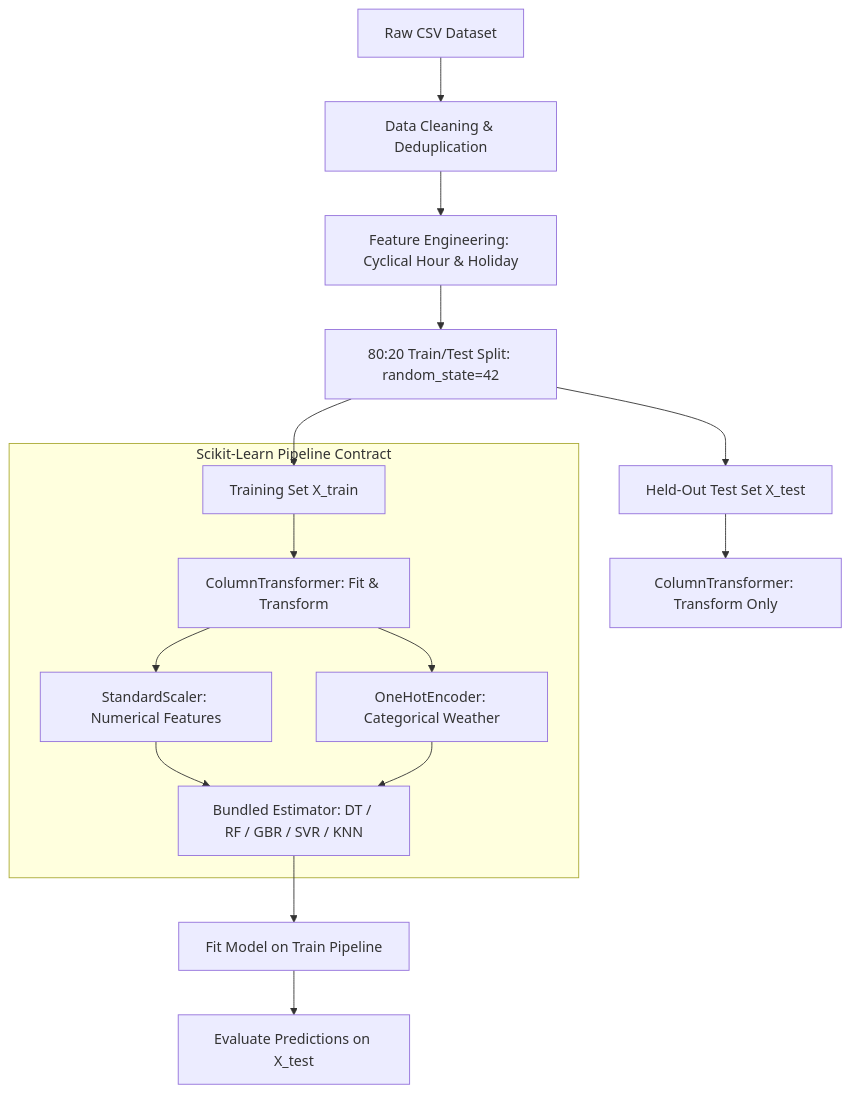
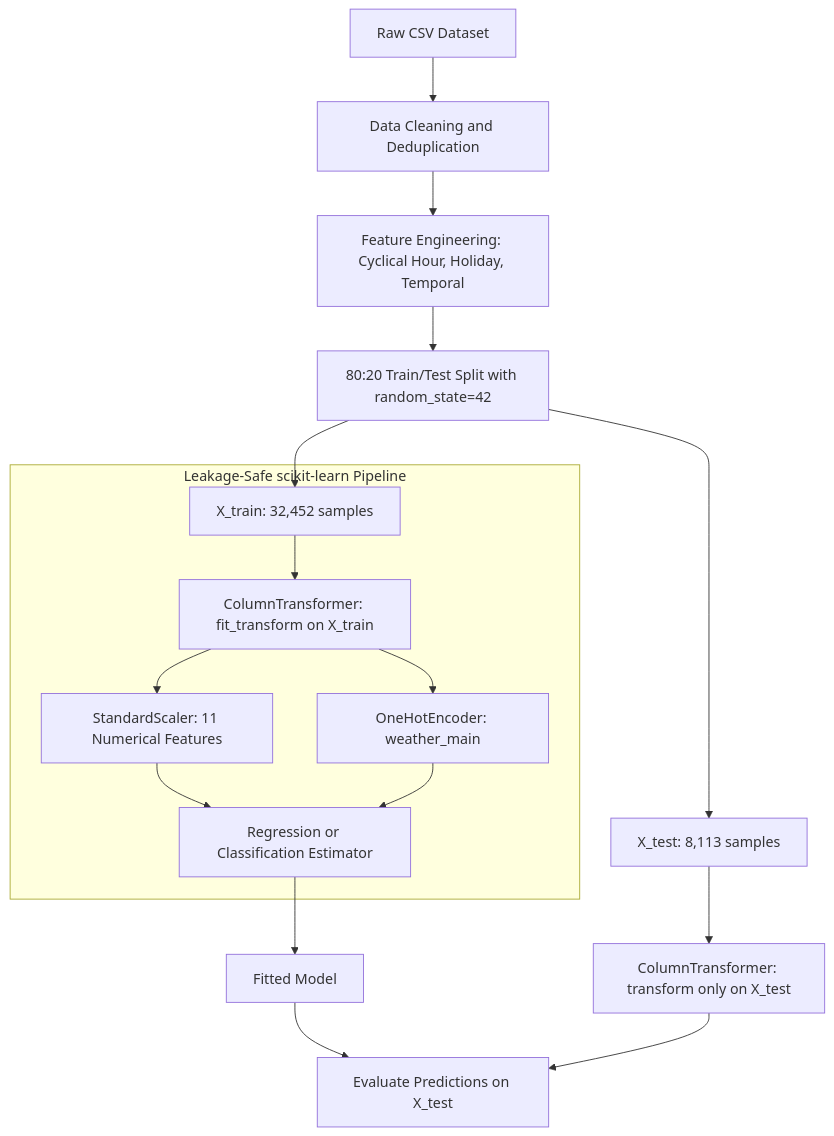
One commit to Dakshin10/ml_capstone changed the diagram in README.md. Above: the diagram before and after it, drawn with Mermaid. The commit also changed other lines of this file and 3 other files, not shown here.

Commit message:
fix: correct data path to ../data/, fix KNN f-string bug, update README, add regression_from_scratch.ipynb

````diff
--- a/README.md
+++ b/README.md
@@ -68,20 +117,21 @@
 ```mermaid
 graph TD
-    A[Raw CSV Dataset] --> B[Data Cleaning & Deduplication]
-    B --> C[Feature Engineering: Cyclical Hour & Holiday]
-    C --> D[80:20 Train/Test Split: random_state=42]
-    D --> E[Training Set X_train]
-    D --> F[Held-Out Test Set X_test]
-    
-    subgraph Scikit-Learn Pipeline Contract
-        E --> G[ColumnTransformer: Fit & Transform]
-        G --> H1[StandardScaler: Numerical Features]
-        G --> H2[OneHotEncoder: Categorical Weather]
-        H1 --> I[Bundled Estimator: DT / RF / GBR / SVR / KNN]
+    A[Raw CSV Dataset] --> B[Data Cleaning and Deduplication]
+    B --> C[Feature Engineering: Cyclical Hour, Holiday, Temporal]
+    C --> D[80:20 Train/Test Split with random_state=42]
+    D --> E[X_train: 32,452 samples]
+    D --> F[X_test: 8,113 samples]
+
+    subgraph Leakage-Safe scikit-learn Pipeline
+        E --> G[ColumnTransformer: fit_transform on X_train]
+        G --> H1[StandardScaler: 11 Numerical Features]
+        G --> H2[OneHotEncoder: weather_main]
+        H1 --> I[Regression or Classification Estimator]
         H2 --> I
     end
-    
-    F --> J[ColumnTransformer: Transform Only]
-    I --> K[Fit Model on Train Pipeline]
+
+    F --> J[ColumnTransformer: transform only on X_test]
+    I --> K[Fitted Model]
     K --> L[Evaluate Predictions on X_test]
+    J --> L
 ```
````
